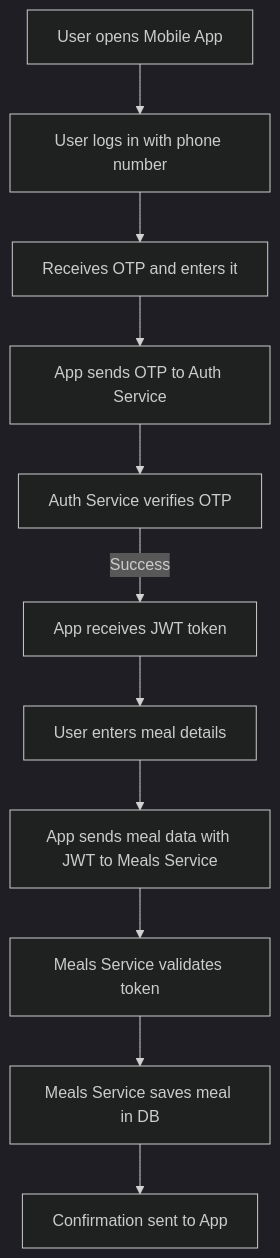
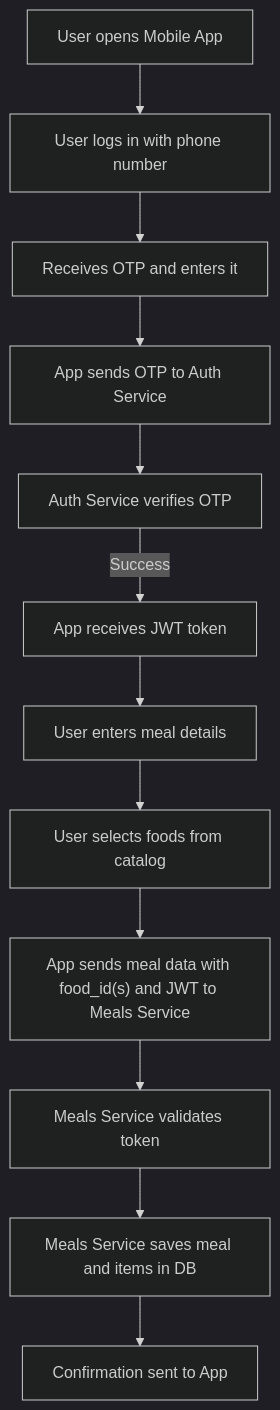
Before and after one commit to Yaron1983/meal_service: the second of 2 diagrams in backend_architecture_food_logging.md, drawn with Mermaid (dark theme). The commit also changed other lines of this file, not shown here.

````diff
--- a/backend_architecture_food_logging.md
+++ b/backend_architecture_food_logging.md
@@ -145,13 +205,14 @@
 ```mermaid
 flowchart TD
     A["User opens Mobile App"] --> B["User logs in with phone number"]
     B --> C["Receives OTP and enters it"]
     C --> D["App sends OTP to Auth Service"]
     D --> E["Auth Service verifies OTP"]
     E -- "Success" --> F["App receives JWT token"]
     F --> G["User enters meal details"]
-    G --> H["App sends meal data with JWT to Meals Service"]
+    G --> G1["User selects foods from catalog"]
+    G1 --> H["App sends meal data with food_id(s) and JWT to Meals Service"]
     H --> I["Meals Service validates token"]
-    I --> J["Meals Service saves meal in DB"]
+    I --> J["Meals Service saves meal and items in DB"]
     J --> K["Confirmation sent to App"]
 ```
````
